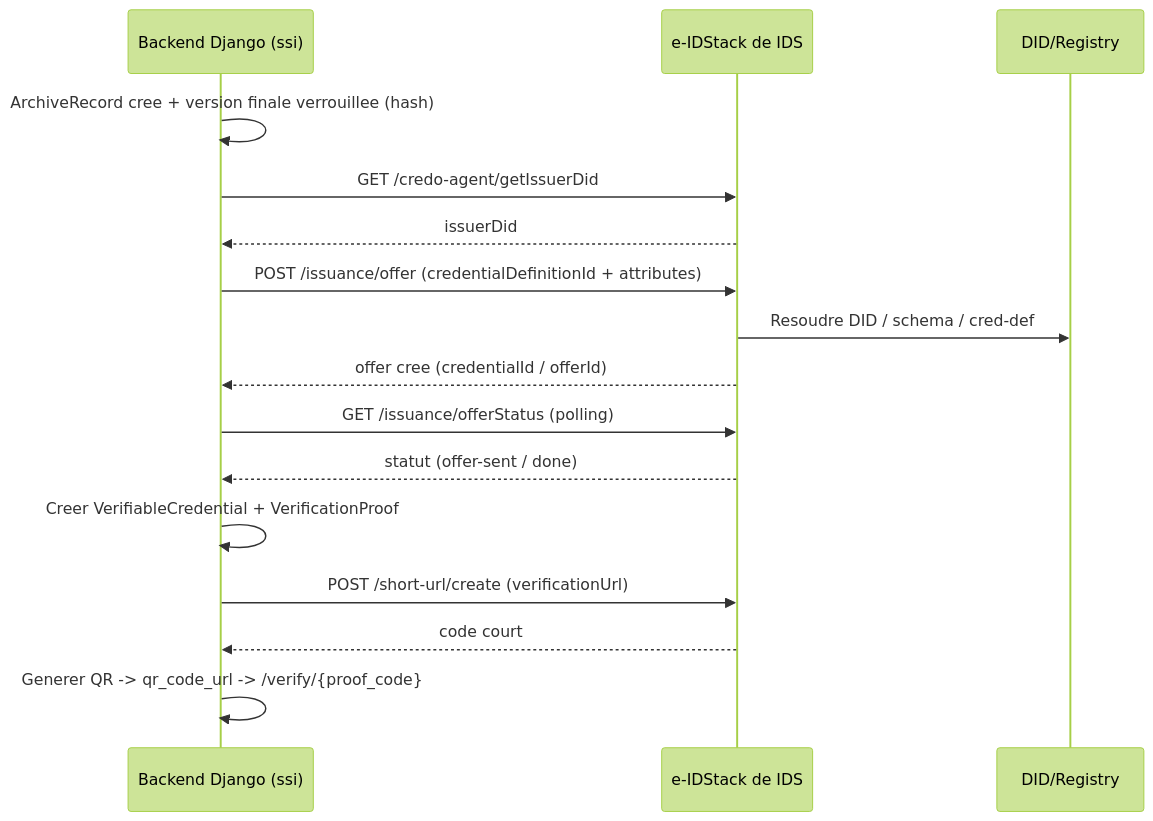
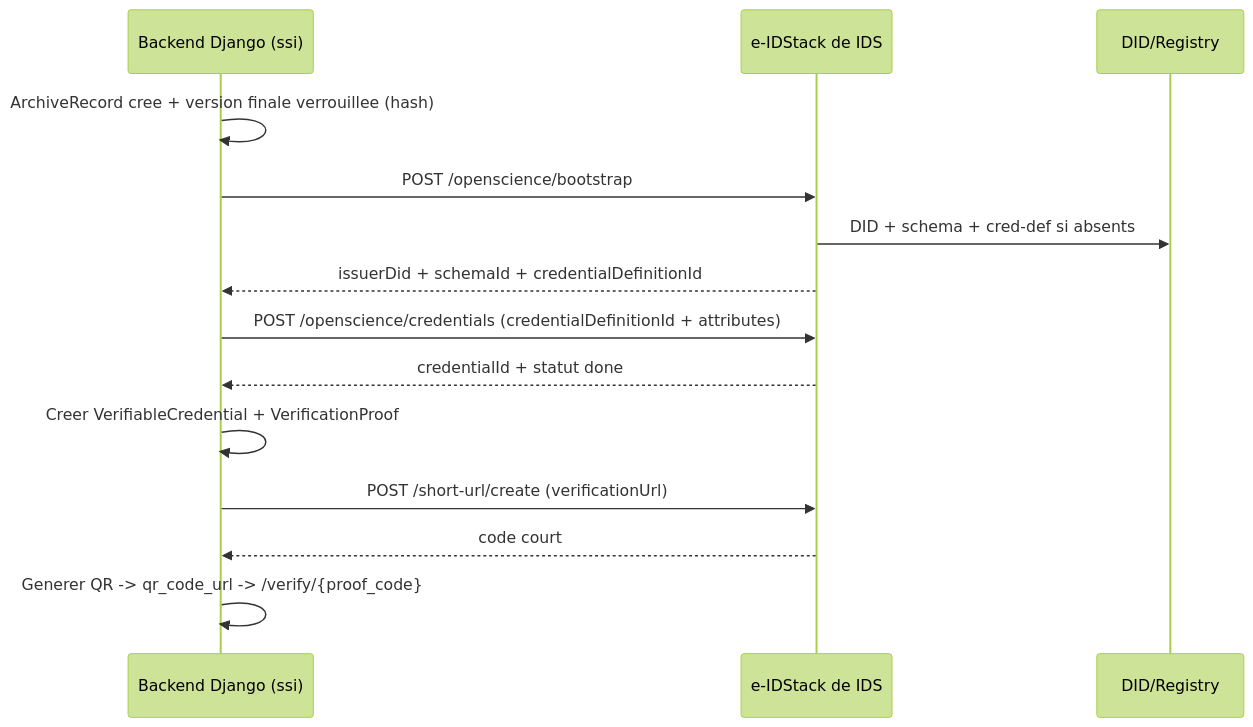
One commit to AfrozaEditor/OpenScienceHub changed the first of 2 diagrams in docs/SSI_INTEGRATION.md. Above: the diagram before and after it, drawn with Mermaid (forest theme). The commit also changed other lines of this file and 27 other files, not shown here.

````diff
--- a/docs/SSI_INTEGRATION.md
+++ b/docs/SSI_INTEGRATION.md
@@ -86,19 +105,17 @@
 ```mermaid
 sequenceDiagram
     participant API as Backend Django (ssi)
     participant EID as e-IDStack de IDS
     participant Registry as DID/Registry
 
     API->>API: ArchiveRecord cree + version finale verrouillee (hash)
-    API->>EID: GET /credo-agent/getIssuerDid
-    EID-->>API: issuerDid
-    API->>EID: POST /issuance/offer (credentialDefinitionId + attributes)
-    EID->>Registry: Resoudre DID / schema / cred-def
-    EID-->>API: offer cree (credentialId / offerId)
-    API->>EID: GET /issuance/offerStatus (polling)
-    EID-->>API: statut (offer-sent / done)
+    API->>EID: POST /openscience/bootstrap
+    EID->>Registry: DID + schema + cred-def si absents
+    EID-->>API: issuerDid + schemaId + credentialDefinitionId
+    API->>EID: POST /openscience/credentials (credentialDefinitionId + attributes)
+    EID-->>API: credentialId + statut done
     API->>API: Creer VerifiableCredential + VerificationProof
     API->>EID: POST /short-url/create (verificationUrl)
     EID-->>API: code court
     API->>API: Generer QR -> qr_code_url -> /verify/{proof_code}
 ```
````
